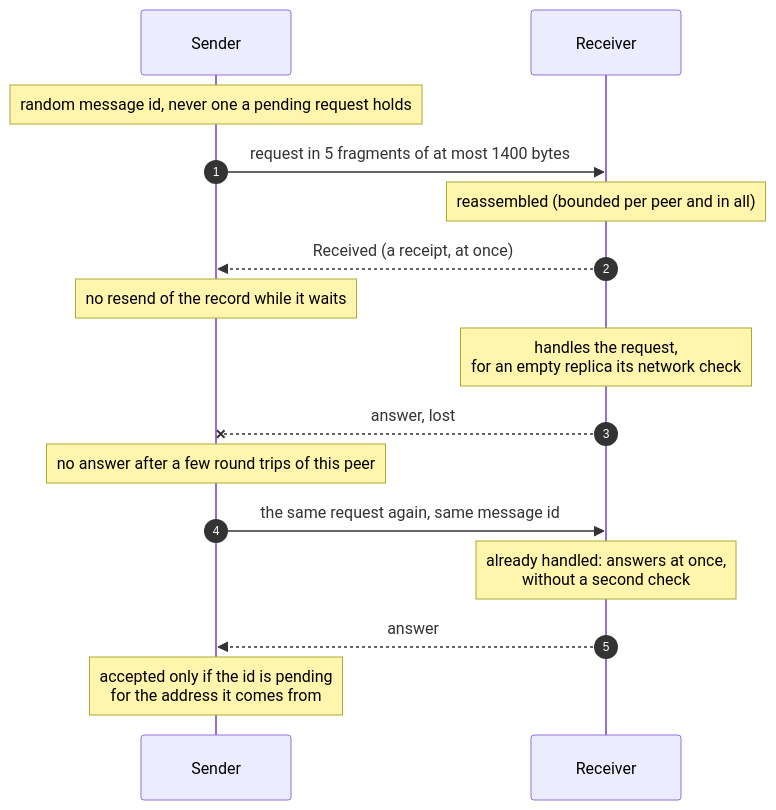
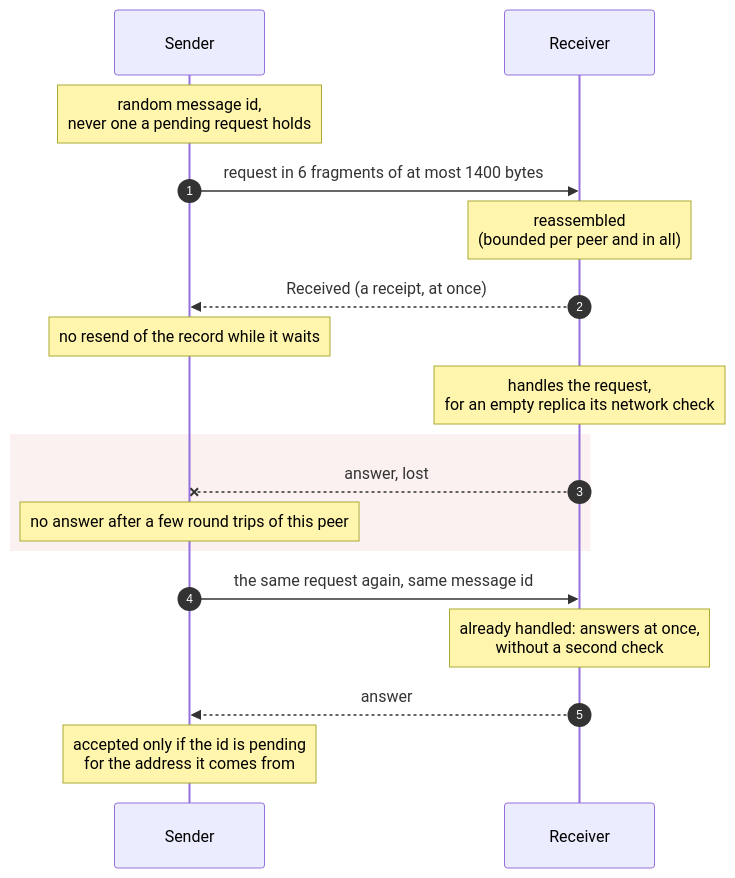
One commit to fratrung/auth-kademlia-rs changed the diagram in docs/design/transport.mmd. Above: the diagram before and after it, drawn with Mermaid. The commit also changed 28 other files, not shown here.

```diff
--- a/docs/design/transport.mmd
+++ b/docs/design/transport.mmd
@@ -1,16 +1,18 @@
 sequenceDiagram
     autonumber
     participant S as Sender
     participant R as Receiver
-    Note over S: random message id, never one a pending request holds
-    S->>R: request in 5 fragments of at most 1400 bytes
-    Note over R: reassembled (bounded per peer and in all)
+    Note over S: random message id,<br/>never one a pending request holds
+    S->>R: request in 6 fragments of at most 1400 bytes
+    Note over R: reassembled<br/>(bounded per peer and in all)
     R-->>S: Received (a receipt, at once)
     Note over S: no resend of the record while it waits
     Note over R: handles the request,<br/>for an empty replica its network check
+    rect rgba(192, 57, 43, 0.07)
     R--xS: answer, lost
     Note over S: no answer after a few round trips of this peer
+    end
     S->>R: the same request again, same message id
     Note over R: already handled: answers at once,<br/>without a second check
     R-->>S: answer
     Note over S: accepted only if the id is pending<br/>for the address it comes from
```
